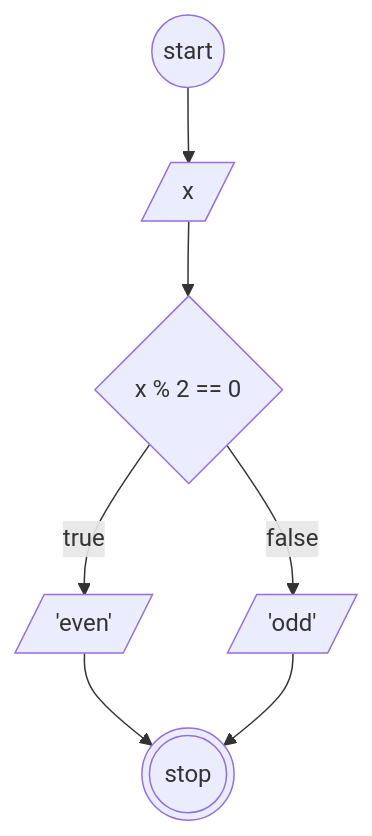
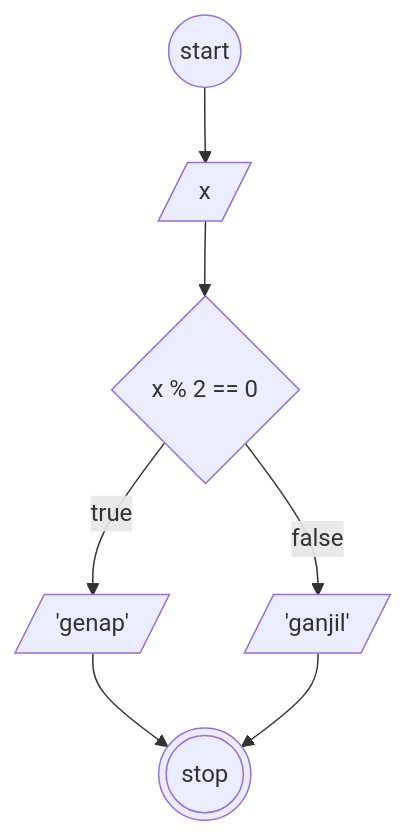
Before and after one commit to yasirmaxstyle/fgo24-algoritma: the diagram in oddEvenNumber.md, drawn with Mermaid. The commit also changed other lines of this file, not shown here.

````diff
--- a/oddEvenNumber.md
+++ b/oddEvenNumber.md
@@ -11,16 +13,16 @@
 ```mermaid
 graph TD
 A((start))
 B[/x/]
 C{x % 2 == 0}
-D[/'even'/]
-E[/'odd'/]
+D[/'genap'/]
+E[/'ganjil'/]
 F(((stop)))
 
 A --> B
 B --> C
 C --true--> D
 C --false--> E
 D & E --> F
 
 ```
````
